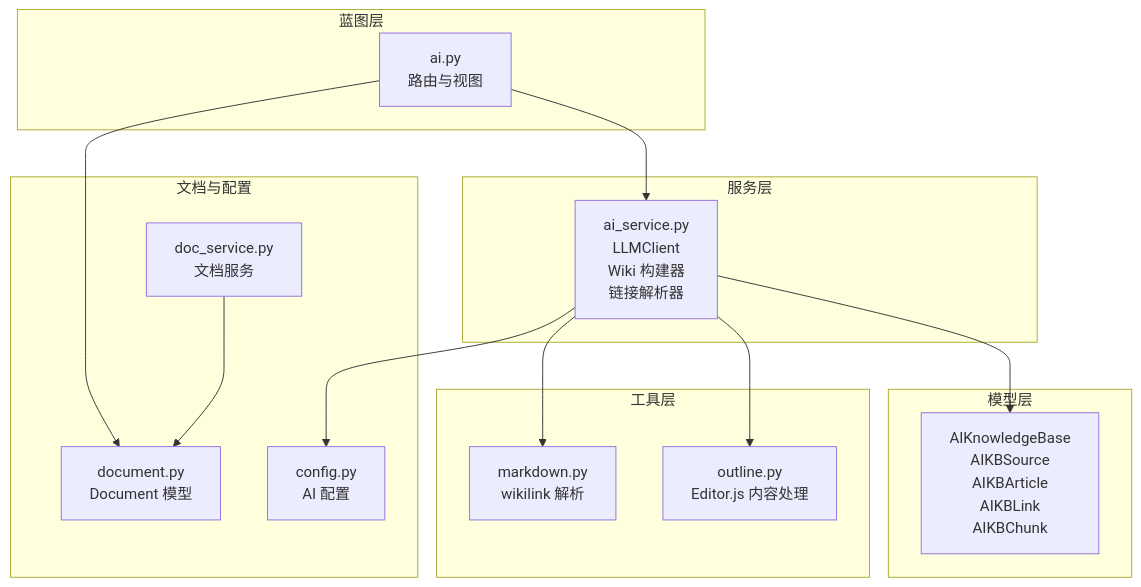
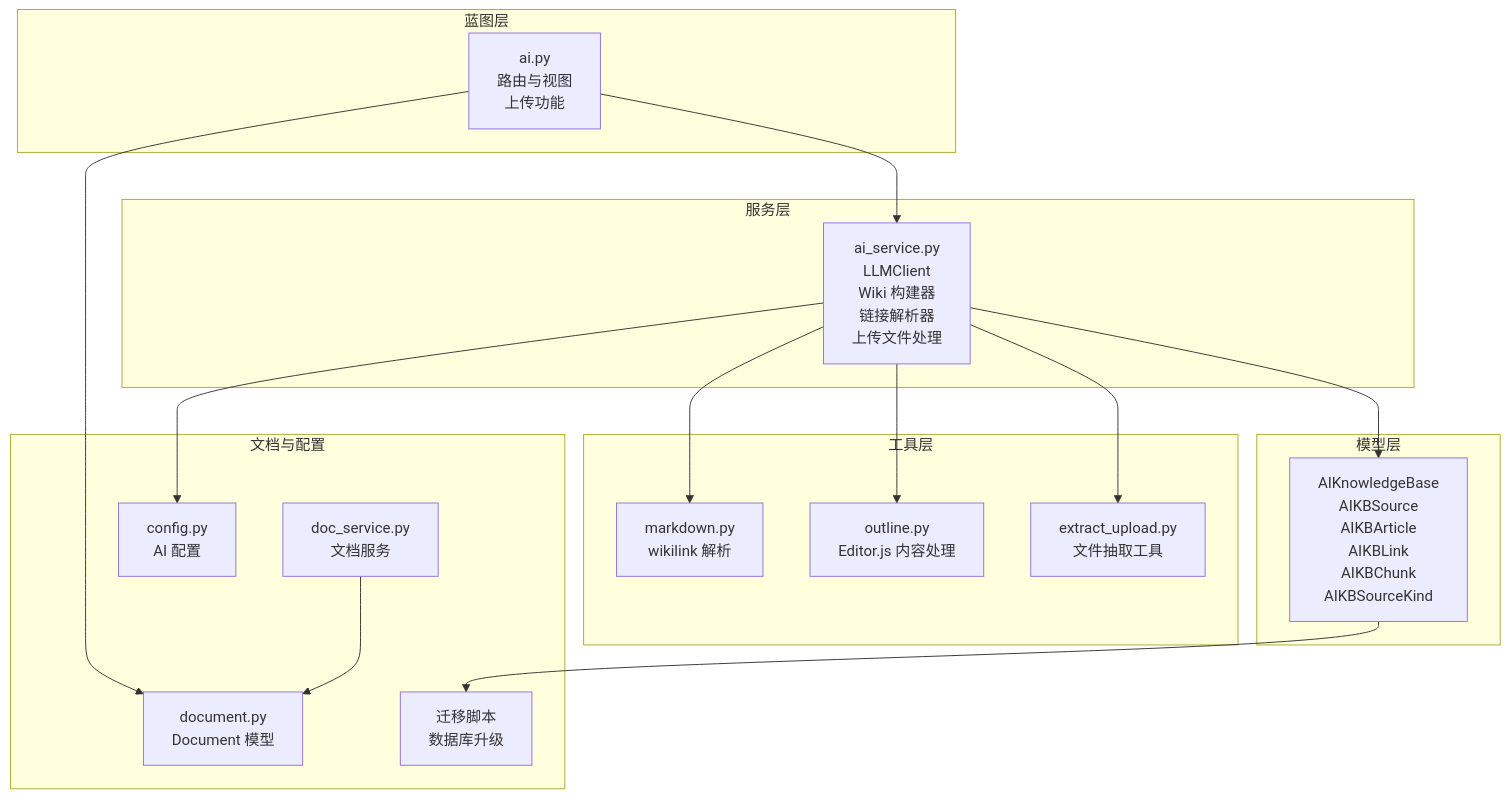
The first of 6 diagrams in .qoder/repowiki/zh/content/架构设计/数据持久化架构/AI知识库数据模型.md (beyondalbert/my_wiki), drawn with Mermaid before and after one commit. The commit also changed other lines of this file and 7 other files, not shown here.

````diff
--- a/.qoder/repowiki/zh/content/架构设计/数据持久化架构/AI知识库数据模型.md
+++ b/.qoder/repowiki/zh/content/架构设计/数据持久化架构/AI知识库数据模型.md
@@ -46,28 +59,32 @@
 ```mermaid
 graph TB
 subgraph "模型层"
-A["AIKnowledgeBase<br/>AIKBSource<br/>AIKBArticle<br/>AIKBLink<br/>AIKBChunk"]
+A["AIKnowledgeBase<br/>AIKBSource<br/>AIKBArticle<br/>AIKBLink<br/>AIKBChunk<br/>AIKBSourceKind"]
 end
 subgraph "服务层"
-B["ai_service.py<br/>LLMClient<br/>Wiki 构建器<br/>链接解析器"]
+B["ai_service.py<br/>LLMClient<br/>Wiki 构建器<br/>链接解析器<br/>上传文件处理"]
 end
 subgraph "蓝图层"
-C["ai.py<br/>路由与视图"]
+C["ai.py<br/>路由与视图<br/>上传功能"]
 end
 subgraph "工具层"
 D["markdown.py<br/>wikilink 解析"]
 E["outline.py<br/>Editor.js 内容处理"]
+F["extract_upload.py<br/>文件抽取工具"]
 end
 subgraph "文档与配置"
-F["document.py<br/>Document 模型"]
-G["doc_service.py<br/>文档服务"]
-H["config.py<br/>AI 配置"]
+G["document.py<br/>Document 模型"]
+H["doc_service.py<br/>文档服务"]
+I["config.py<br/>AI 配置"]
+J["迁移脚本<br/>数据库升级"]
 end
 C --> B
 B --> A
 B --> D
 B --> E
-C --> F
-G --> F
-B --> H
+B --> F
+C --> G
+H --> G
+B --> I
+A --> J
 ```
````
